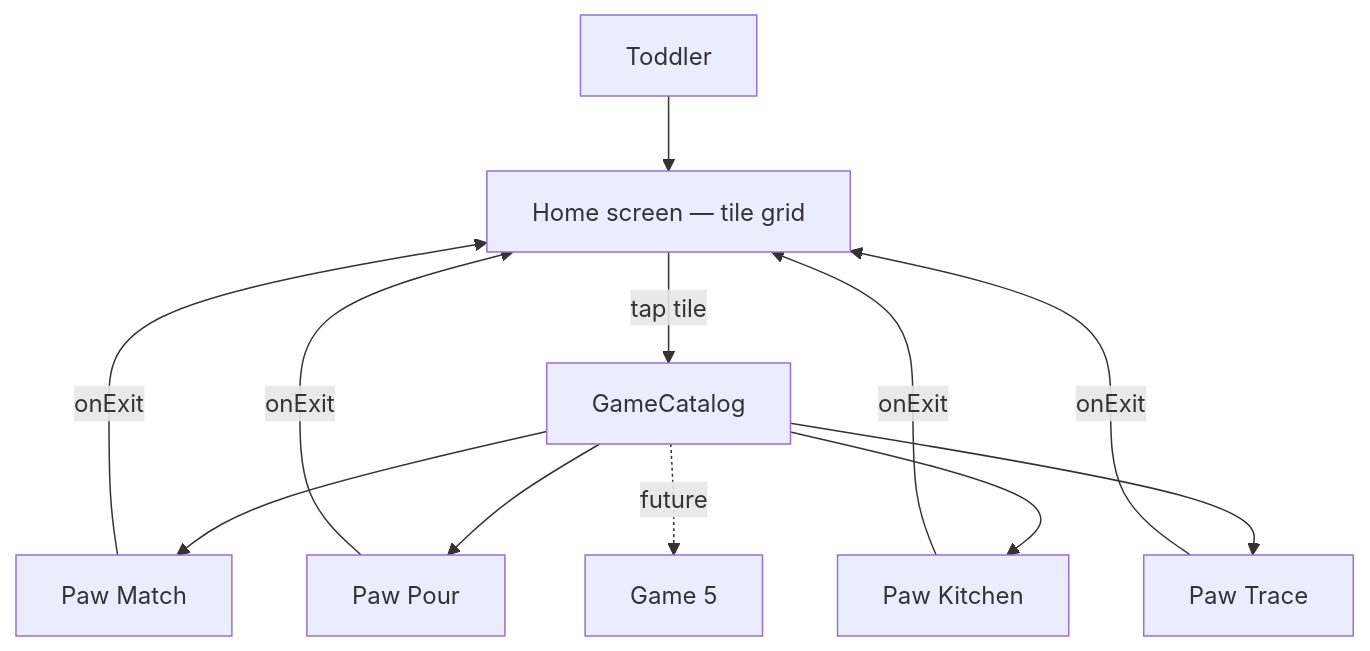
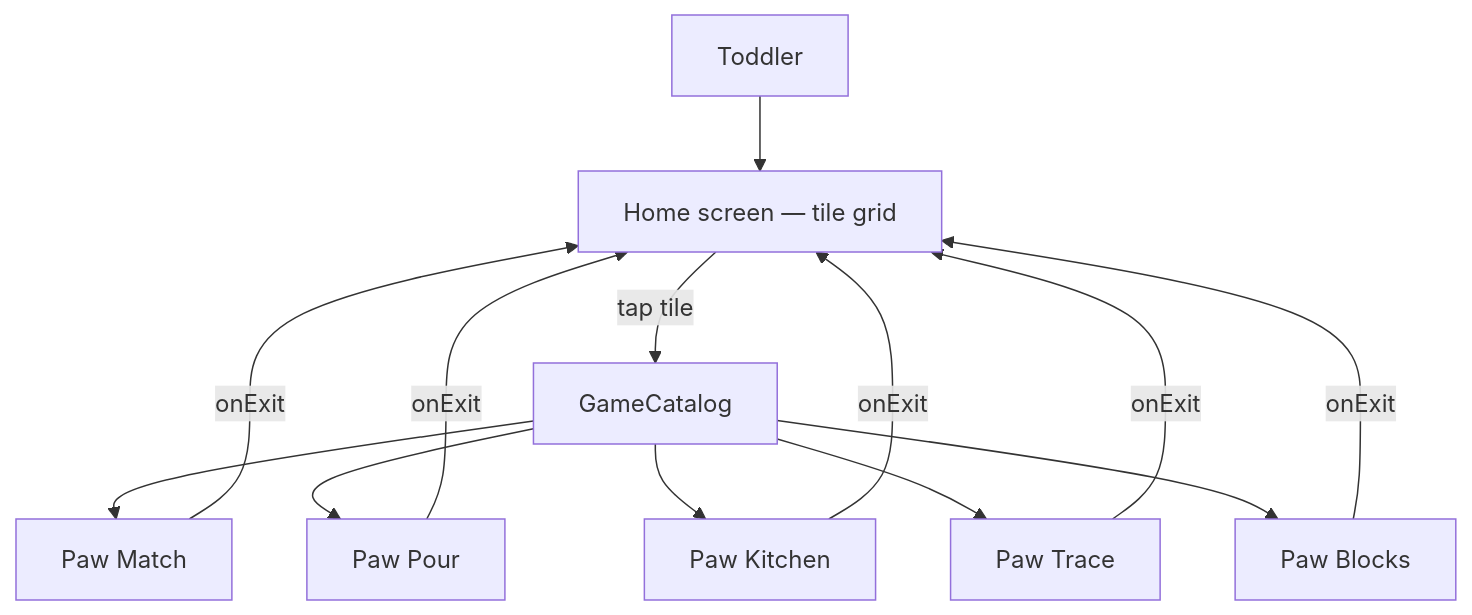
One commit to ribenajuice/paw-play changed the diagram in docs/ARCHITECTURE.md. Above: the diagram before and after it, drawn with Mermaid. The commit also changed other lines of this file and 4 other files, not shown here.

Commit message:
Docs: Paw Blocks architecture, ADR, README, CHANGELOG and STATUS

````diff
--- a/docs/ARCHITECTURE.md
+++ b/docs/ARCHITECTURE.md
@@ -29,14 +29,15 @@
 ```mermaid
 flowchart TB
     P[Toddler] --> HOME[Home screen — tile grid]
     HOME -->|tap tile| CATALOG[GameCatalog]
     CATALOG --> G1[Paw Match]
     CATALOG --> G2[Paw Pour]
     CATALOG --> G3[Paw Kitchen]
     CATALOG --> G4[Paw Trace]
-    CATALOG -.->|future| G5[Game 5]
+    CATALOG --> G5[Paw Blocks]
     G1 -->|onExit| HOME
     G2 -->|onExit| HOME
     G3 -->|onExit| HOME
     G4 -->|onExit| HOME
+    G5 -->|onExit| HOME
 ```
````
